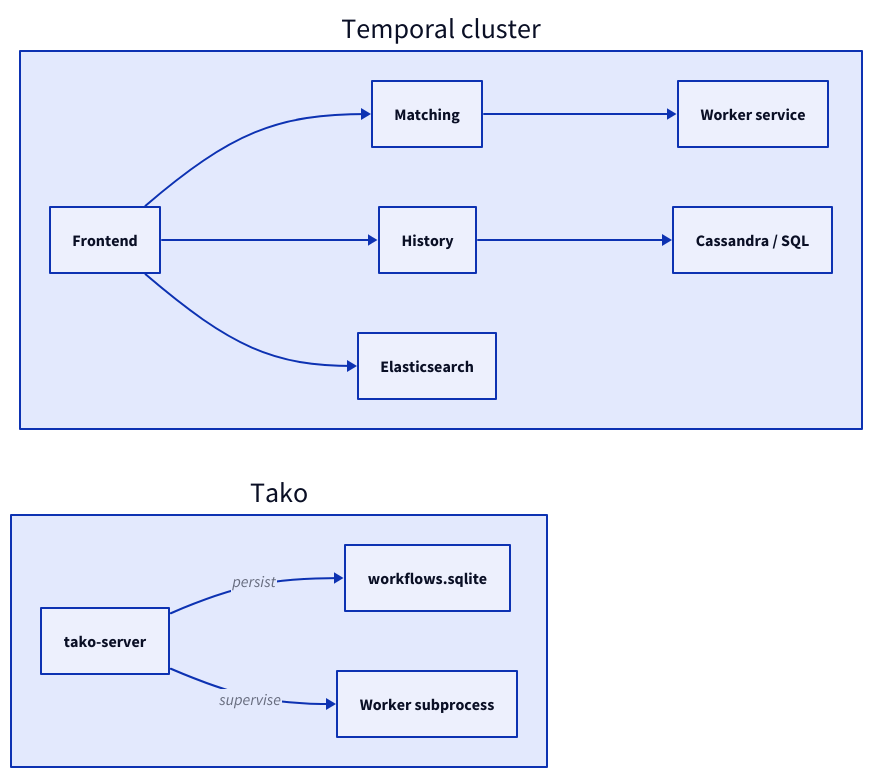
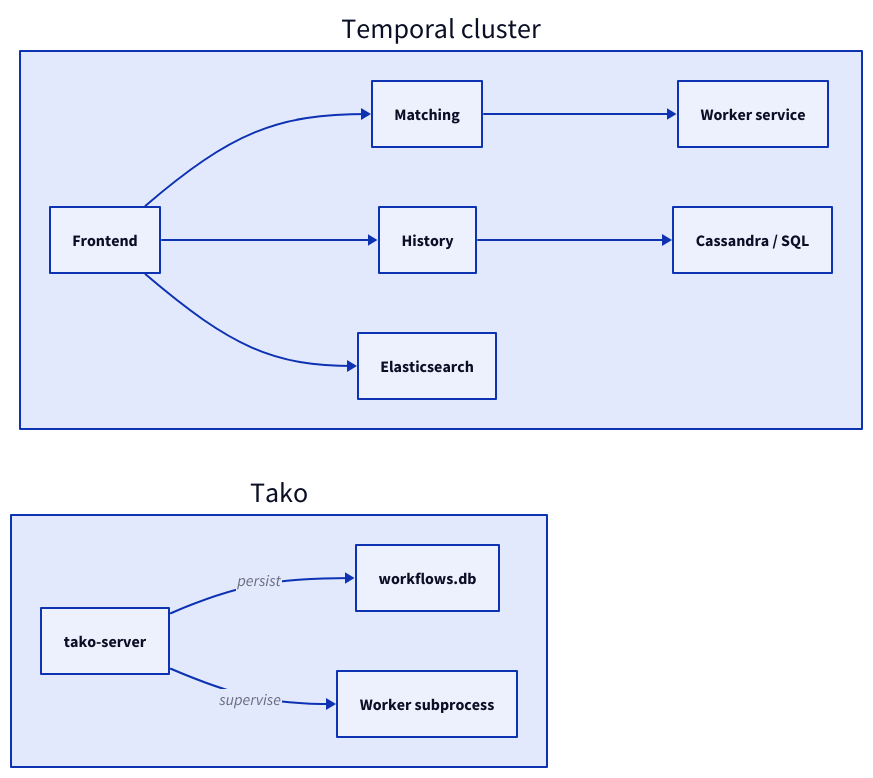
One commit to tako-sh/tako changed the diagram in website/src/content/blog/tako-vs-temporal.md. Above: the diagram before and after it, drawn with D2. The commit also changed 63 other files, not shown here.

````diff
--- a/website/src/content/blog/tako-vs-temporal.md
+++ b/website/src/content/blog/tako-vs-temporal.md
@@ -38,31 +38,31 @@
 ```d2
 direction: right
 
 temporal: Temporal cluster {
   direction: down
 
   frontend: Frontend
   history: History
   matching: Matching
   worker: Worker service
   db: Cassandra / SQL
   es: Elasticsearch
 
   frontend -> history
   frontend -> matching
   matching -> worker
   history -> db
   frontend -> es
 }
 
 tako: Tako {
   direction: down
 
   server: tako-server
-  runs: workflows.sqlite
+  runs: workflows.db
   sub: Worker subprocess
 
   server -> runs: persist
   server -> sub: supervise
 }
 ```
````
